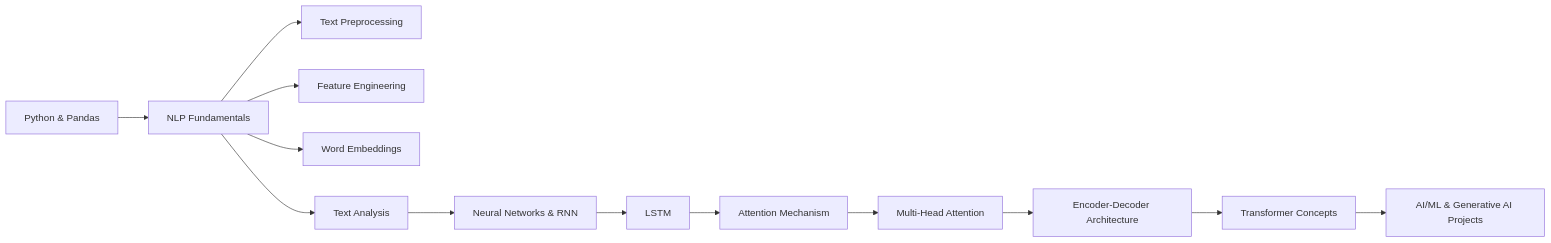
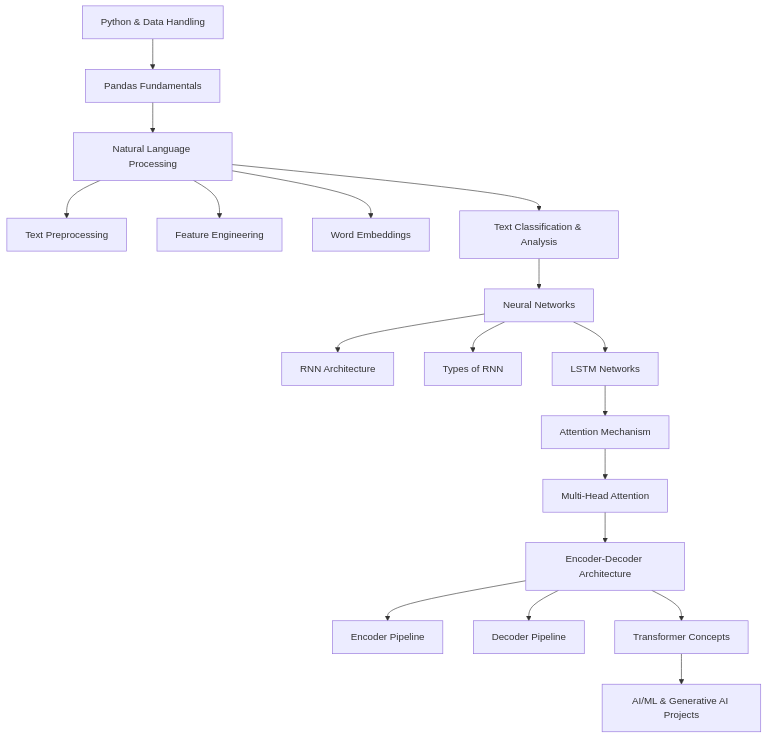
The diagram in AI_ML_Learning/README.md (Lalasa-web/Gen-AI-with-prompt-engineering-), drawn with Mermaid before and after one commit.

Commit message:
Update learning journey flow in README.md

````diff
--- a/AI_ML_Learning/README.md
+++ b/AI_ML_Learning/README.md
@@ -121,22 +121,30 @@
 ```mermaid
-flowchart LR
+flowchart TD
 
-A[Python & Pandas] --> B[NLP Fundamentals]
+A[Python & Data Handling] --> B[Pandas Fundamentals]
 
-B --> C[Text Preprocessing]
-B --> D[Feature Engineering]
-B --> E[Word Embeddings]
-B --> F[Text Analysis]
+B --> C[Natural Language Processing]
 
-F --> G[Neural Networks & RNN]
+C --> C1[Text Preprocessing]
+C --> C2[Feature Engineering]
+C --> C3[Word Embeddings]
+C --> C4[Text Classification & Analysis]
 
-G --> H[LSTM]
-H --> I[Attention Mechanism]
-I --> J[Multi-Head Attention]
+C4 --> D[Neural Networks]
 
-J --> K[Encoder-Decoder Architecture]
+D --> D1[RNN Architecture]
+D --> D2[Types of RNN]
+D --> D3[LSTM Networks]
 
-K --> L[Transformer Concepts]
+D3 --> E[Attention Mechanism]
 
-L --> M[AI/ML & Generative AI Projects]
+E --> E1[Multi-Head Attention]
+
+E1 --> F[Encoder-Decoder Architecture]
+
+F --> F1[Encoder Pipeline]
+F --> F2[Decoder Pipeline]
+F --> F3[Transformer Concepts]
+
+F3 --> G[AI/ML & Generative AI Projects]
 ```
````
